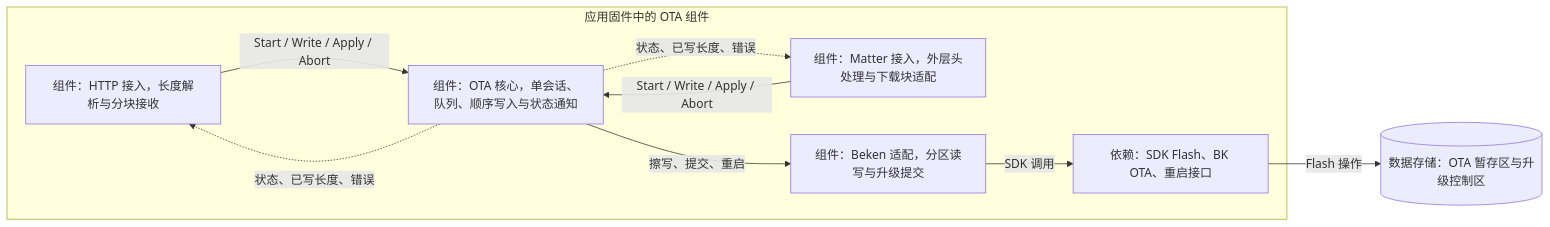
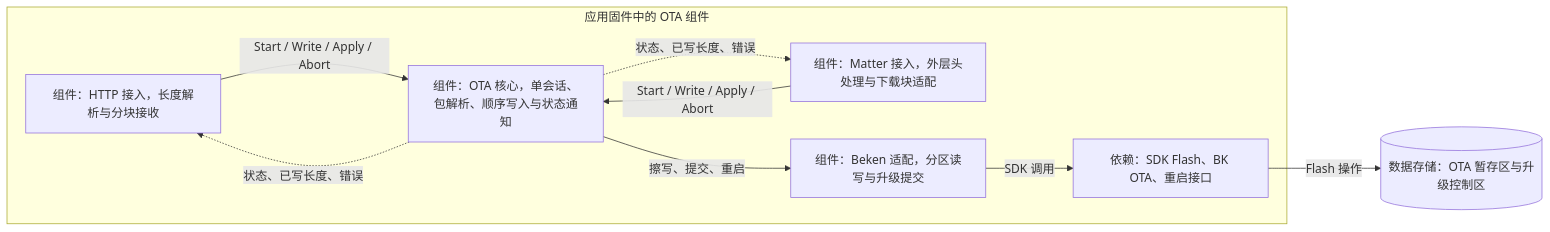
One commit to dragonxiaoex/bk7239 changed the second of 5 diagrams in docs/ota.md. Above: the diagram before and after it, drawn with Mermaid. The commit also changed other lines of this file and 58 other files, not shown here.

````diff
--- a/docs/ota.md
+++ b/docs/ota.md
@@ -43,18 +43,18 @@
 ```mermaid
 flowchart LR
     subgraph firmware ["应用固件中的 OTA 组件"]
         httpIngress["组件：HTTP 接入，长度解析与分块接收"]
         matterIngress["组件：Matter 接入，外层头处理与下载块适配"]
-        otaCore["组件：OTA 核心，单会话、队列、顺序写入与状态通知"]
+        otaCore["组件：OTA 核心，单会话、包解析、顺序写入与状态通知"]
         flashAdapter["组件：Beken 适配，分区读写与升级提交"]
         sdk["依赖：SDK Flash、BK OTA、重启接口"]
     end
     imageStore[("数据存储：OTA 暂存区与升级控制区")]
     httpIngress -->|"Start / Write / Apply / Abort"| otaCore
     matterIngress -->|"Start / Write / Apply / Abort"| otaCore
     otaCore -.->|"状态、已写长度、错误"| httpIngress
     otaCore -.->|"状态、已写长度、错误"| matterIngress
     otaCore -->|"擦写、提交、重启"| flashAdapter
     flashAdapter -->|"SDK 调用"| sdk
     sdk -->|"Flash 操作"| imageStore
 ```
````
